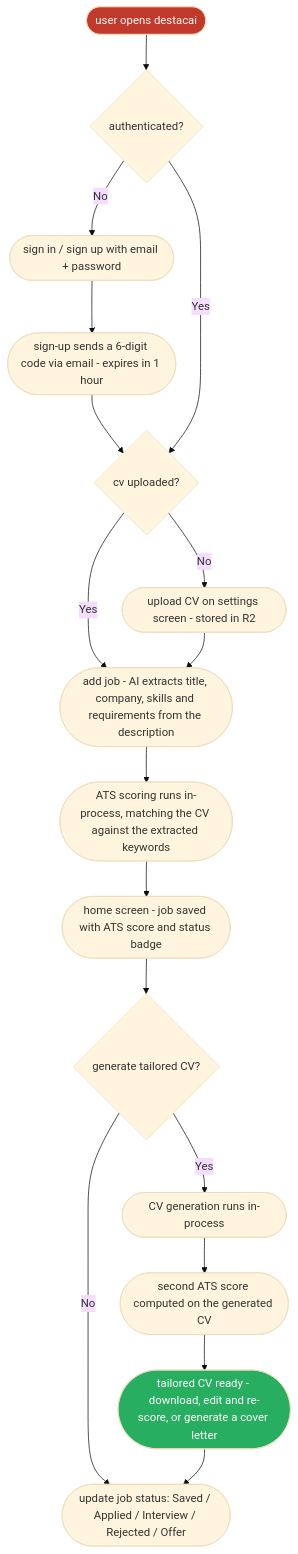
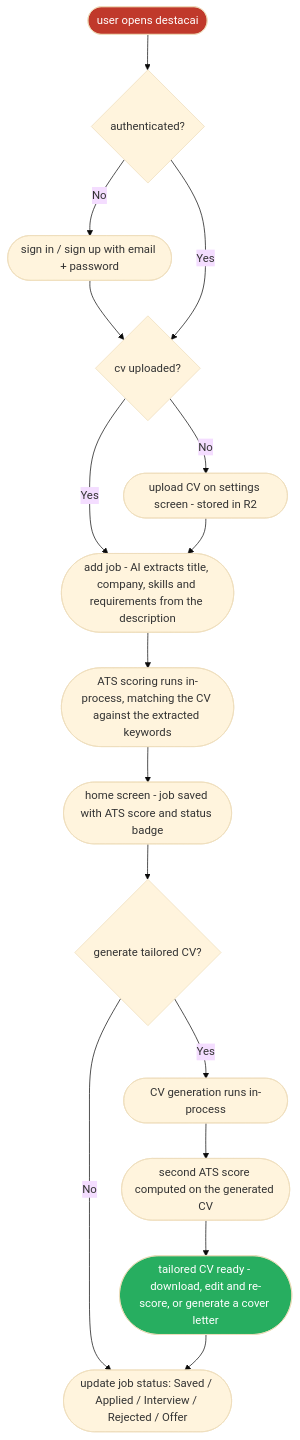
Before and after one commit to Mlucas4330/destacai: the diagram in README.md, drawn with Mermaid (base theme). The commit also changed other lines of this file and 35 other files, not shown here.

````diff
--- a/README.md
+++ b/README.md
@@ -71,26 +38,25 @@
 ```mermaid
 flowchart TD
     A([user opens destacai]) --> B{authenticated?}
 
     B -->|No| C([sign in / sign up with email + password])
-    C --> C1([sign-up sends a 6-digit code via email - expires in 1 hour])
-    C1 --> D{cv uploaded?}
+    C --> D{cv uploaded?}
     B -->|Yes| D
 
     D -->|No| E([upload CV on settings screen - stored in R2])
     D -->|Yes| F([add job - AI extracts title, company, skills and requirements from the description])
     E --> F
 
     F --> G([ATS scoring runs in-process, matching the CV against the extracted keywords])
     G --> H([home screen - job saved with ATS score and status badge])
 
     H --> I{generate tailored CV?}
     I -->|No| N([update job status: Saved / Applied / Interview / Rejected / Offer])
     I -->|Yes| J([CV generation runs in-process])
     J --> K([second ATS score computed on the generated CV])
     K --> L([tailored CV ready - download, edit and re-score, or generate a cover letter])
     L --> N
 
     style A fill:#c0392b,color:#fff
     style L fill:#27ae60,color:#fff
 ```
````
